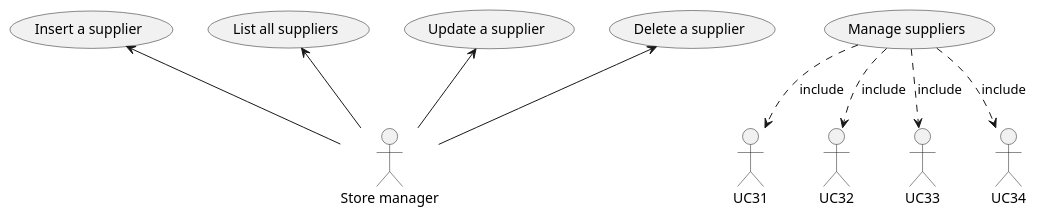
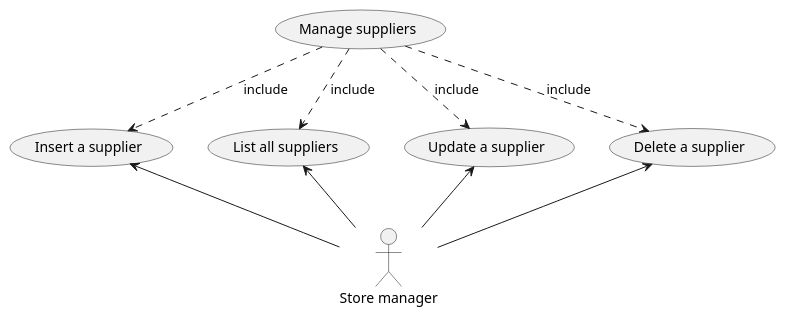
The ninth of 12 diagrams in Deliverables/RequirementsDocument.md (polito-se2-21-r03/se1-ezshop), drawn with PlantUML before and after one commit.

Commit message:
changes about UC diagram 8.3

````diff
--- a/Deliverables/RequirementsDocument.md
+++ b/Deliverables/RequirementsDocument.md
@@ -395,21 +395,21 @@
 ```plantuml
 "Store manager" as StoreManager
 
 (Manage suppliers) as FR8
 
 (Insert a supplier) as UC8.1
 (List all suppliers) as UC8.2
 (Update a supplier) as UC8.3
 (Delete a supplier) as UC8.4
 
 /' Supplier management (UC8.1, UC8.2, UC8.3, UC8.4) '/
-FR8 ..> UC31 :include
-FR8 ..> UC32 :include
-FR8 ..> UC33 :include
-FR8 ..> UC34 :include
+FR8 ..> UC8.1 :include
+FR8 ..> UC8.2 :include
+FR8 ..> UC8.3 :include
+FR8 ..> UC8.4 :include
 
 UC8.1 <-- StoreManager
 UC8.2 <-- StoreManager
 UC8.3 <-- StoreManager
 UC8.4 <-- StoreManager
 ```
````
